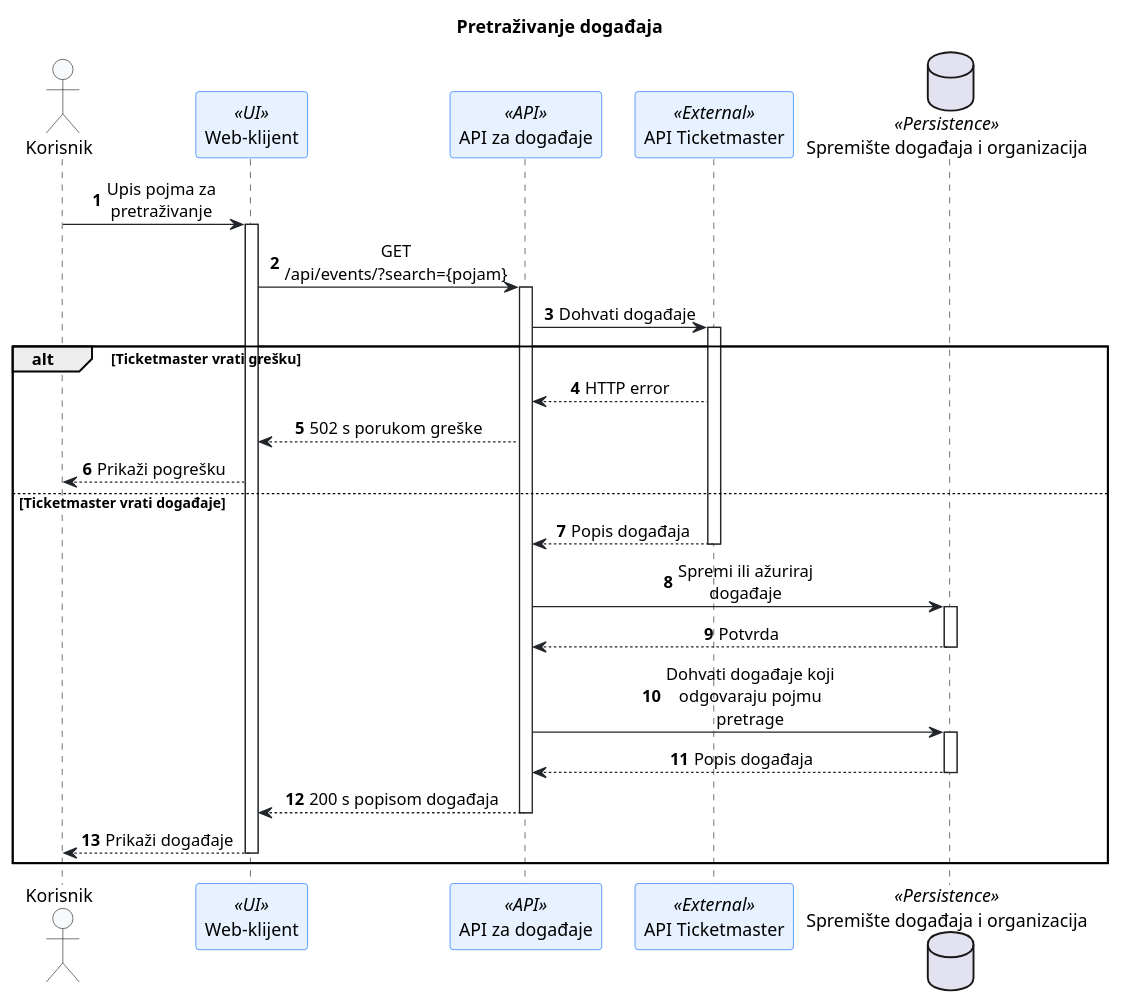
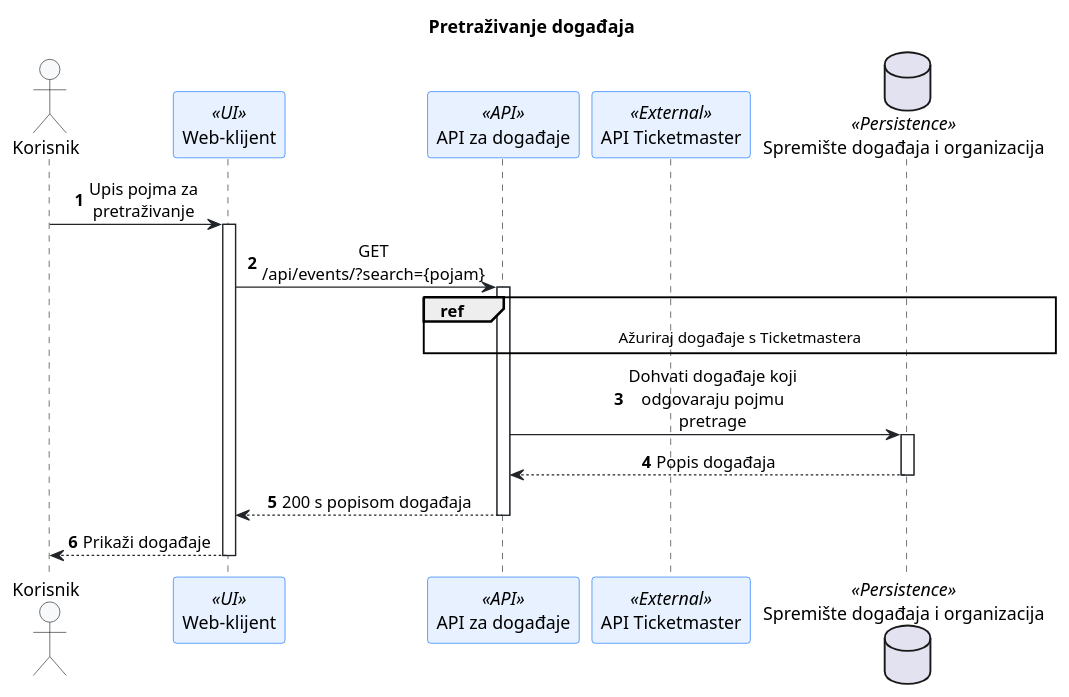
The diagram in docs/puml/4-7-culture-vulture-search-SD.puml (CultureVultureFer/culture-vulture), drawn with PlantUML before and after one commit. The commit also changed other lines of this file and 1 other file, not shown here.

Commit message:
docs: use ref in SD for event search

```diff
--- a/docs/puml/4-7-culture-vulture-search-SD.puml
+++ b/docs/puml/4-7-culture-vulture-search-SD.puml
@@ -19,44 +19,38 @@
     @startuml
     title Pretraživanje događaja
 
     skinparam maxMessageSize 150
     skinparam shadowing false
     skinparam defaultFontName Arial
     skinparam sequenceMessageAlign center
     skinparam ArrowColor #212529
 
     skinparam sequence {
         ParticipantBackgroundColor #E7F1FF
         ParticipantBorderColor #0D6EFD
         ActorBackgroundColor #F8F9FA
         ActorBorderColor #212529
         LifeLineBorderColor #212529
     }
 
     autonumber
 
     actor "Korisnik" as User
     participant "Web-klijent" as Web <<UI>>
     participant "API za događaje" as API <<API>>
     participant "API Ticketmaster" as Ticketmaster <<External>>
     database "Spremište događaja i organizacija" as Store <<Persistence>>
 
     User -> Web ++ : Upis pojma za pretraživanje
     Web -> API ++ : GET /api/events/?search={pojam}
 
-    API -> Ticketmaster ++ : Dohvati događaje
+    ref over API, Ticketmaster, Store
+      Ažuriraj događaje s Ticketmastera
+    end ref
 
-    alt Ticketmaster vrati grešku
-        Ticketmaster --> API : HTTP error
-        API --> Web : 502 s porukom greške
-        Web --> User : Prikaži pogrešku
-    else Ticketmaster vrati događaje
-        Ticketmaster --> API -- : Popis događaja
-        API -> Store ++ : Spremi ili ažuriraj događaje
-        Store --> API -- : Potvrda
-        API -> Store ++ : Dohvati događaje koji odgovaraju pojmu pretrage
-        Store --> API -- : Popis događaja
-        API --> Web -- : 200 s popisom događaja
-        Web --> User -- : Prikaži događaje
-    end
+
+    API -> Store ++ : Dohvati događaje koji odgovaraju pojmu pretrage
+    Store --> API -- : Popis događaja
+    API --> Web -- : 200 s popisom događaja
+    Web --> User -- : Prikaži događaje
     @enduml
```
